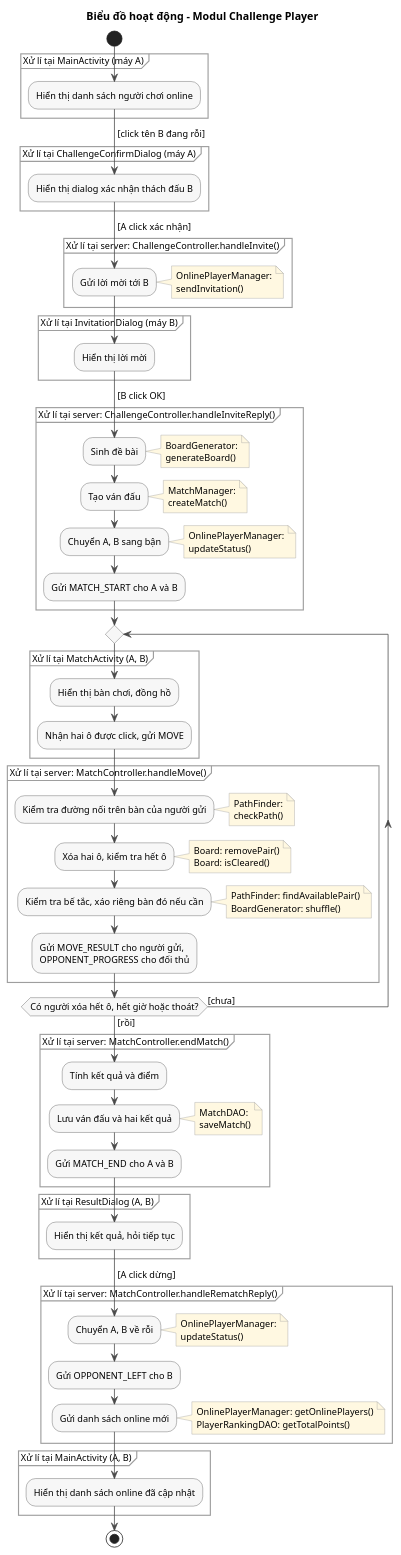
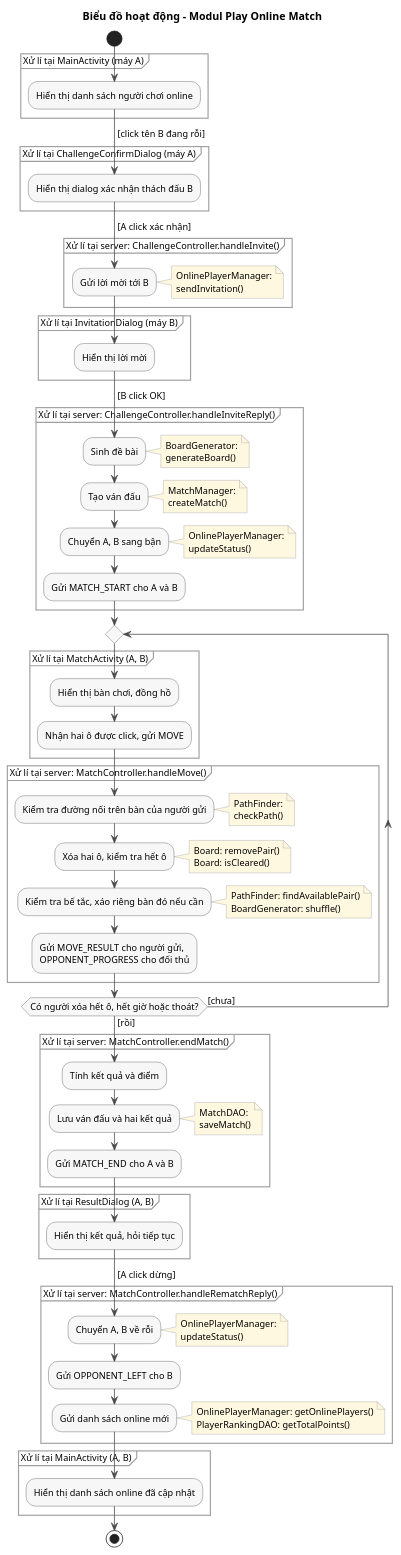
One commit to VattenL/mobile-pikachu changed the diagram in docs/uml/pha3/activity-m3.puml. Above: the diagram before and after it, drawn with PlantUML. The commit also changed 46 other files, not shown here.

```diff
--- a/docs/uml/pha3/activity-m3.puml
+++ b/docs/uml/pha3/activity-m3.puml
@@ -1,81 +1,81 @@
 @startuml activity-m3
-title Biểu đồ hoạt động - Modul Challenge Player
+title Biểu đồ hoạt động - Modul Play Online Match
 
 skinparam shadowing false
 skinparam defaultFontSize 12
 skinparam ArrowColor #4A4A4A
 skinparam activity {
   BackgroundColor #F7F7F7
   BorderColor #4A4A4A
 }
 skinparam partition {
   BorderColor #9E9E9E
 }
 skinparam note {
   BackgroundColor #FFF8E1
   BorderColor #9E9E9E
 }
 
 start
 partition "Xử lí tại MainActivity (máy A)" {
   :Hiển thị danh sách người chơi online;
 }
 ->[click tên B đang rỗi];
 partition "Xử lí tại ChallengeConfirmDialog (máy A)" {
   :Hiển thị dialog xác nhận thách đấu B;
 }
 ->[A click xác nhận];
 partition "Xử lí tại server: ChallengeController.handleInvite()" {
   :Gửi lời mời tới B;
   note right: OnlinePlayerManager:\nsendInvitation()
 }
 partition "Xử lí tại InvitationDialog (máy B)" {
   :Hiển thị lời mời;
 }
 ->[B click OK];
 partition "Xử lí tại server: ChallengeController.handleInviteReply()" {
   :Sinh đề bài;
   note right: BoardGenerator:\ngenerateBoard()
   :Tạo ván đấu;
   note right: MatchManager:\ncreateMatch()
   :Chuyển A, B sang bận;
   note right: OnlinePlayerManager:\nupdateStatus()
   :Gửi MATCH_START cho A và B;
 }
 repeat
   partition "Xử lí tại MatchActivity (A, B)" {
     :Hiển thị bàn chơi, đồng hồ;
     :Nhận hai ô được click, gửi MOVE;
   }
   partition "Xử lí tại server: MatchController.handleMove()" {
     :Kiểm tra đường nối trên bàn của người gửi;
     note right: PathFinder:\ncheckPath()
     :Xóa hai ô, kiểm tra hết ô;
     note right: Board: removePair()\nBoard: isCleared()
     :Kiểm tra bế tắc, xáo riêng bàn đó nếu cần;
     note right: PathFinder: findAvailablePair()\nBoardGenerator: shuffle()
     :Gửi MOVE_RESULT cho người gửi,\nOPPONENT_PROGRESS cho đối thủ;
   }
 repeat while (Có người xóa hết ô, hết giờ hoặc thoát?) is ([chưa]) not ([rồi])
 partition "Xử lí tại server: MatchController.endMatch()" {
   :Tính kết quả và điểm;
   :Lưu ván đấu và hai kết quả;
   note right: MatchDAO:\nsaveMatch()
   :Gửi MATCH_END cho A và B;
 }
 partition "Xử lí tại ResultDialog (A, B)" {
   :Hiển thị kết quả, hỏi tiếp tục;
 }
 ->[A click dừng];
 partition "Xử lí tại server: MatchController.handleRematchReply()" {
   :Chuyển A, B về rỗi;
   note right: OnlinePlayerManager:\nupdateStatus()
   :Gửi OPPONENT_LEFT cho B;
   :Gửi danh sách online mới;
   note right: OnlinePlayerManager: getOnlinePlayers()\nPlayerRankingDAO: getTotalPoints()
 }
 partition "Xử lí tại MainActivity (A, B)" {
   :Hiển thị danh sách online đã cập nhật;
 }
 stop
 @enduml
```
